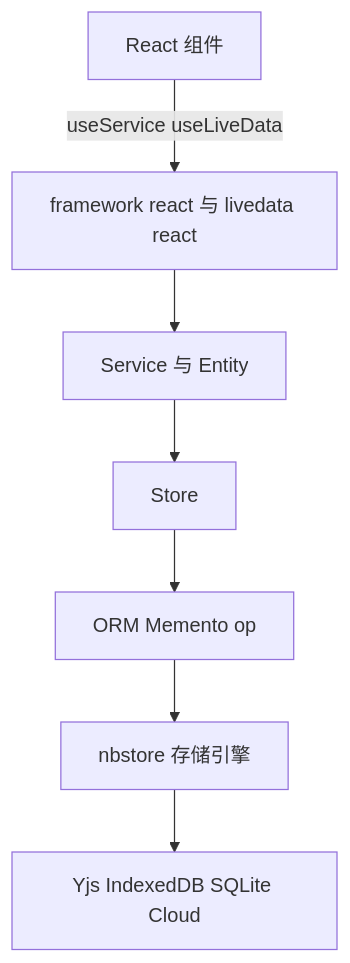
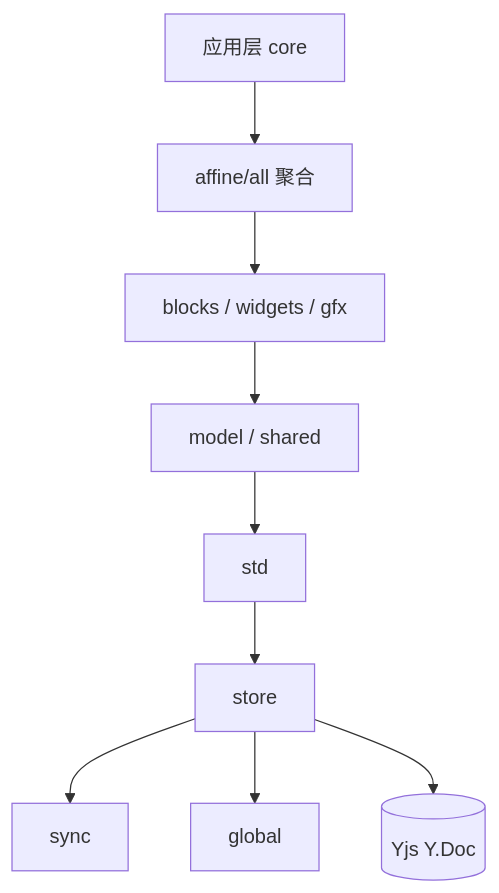
One commit to lfire/AFFiNE changed the second of 7 diagrams in learning-guide/slides/decks/16.md. Above: the diagram before and after it, drawn with Mermaid. The commit also changed other lines of this file and 73 other files, not shown here.

````diff
--- a/learning-guide/slides/decks/16.md
+++ b/learning-guide/slides/decks/16.md
@@ -32,9 +116,11 @@
 ```mermaid
 flowchart TB
-  UI["React 组件"] -->|"useService useLiveData"| Hooks["framework react 与 livedata react"]
-  Hooks --> Svc["Service 与 Entity"]
-  Svc --> Store["Store"]
-  Store --> Infra["ORM Memento op"]
-  Infra --> Engine["nbstore 存储引擎"]
-  Engine --> Yjs["Yjs IndexedDB SQLite Cloud"]
+  APP["应用层 core"] --> B0["affine/all 聚合"]
+  B0 --> B1["blocks / widgets / gfx"]
+  B1 --> B3["model / shared"]
+  B3 --> C1["std"]
+  C1 --> C2["store"]
+  C2 --> C3["sync"]
+  C2 --> C4["global"]
+  C2 --> Y[("Yjs Y.Doc")]
 ```
````
